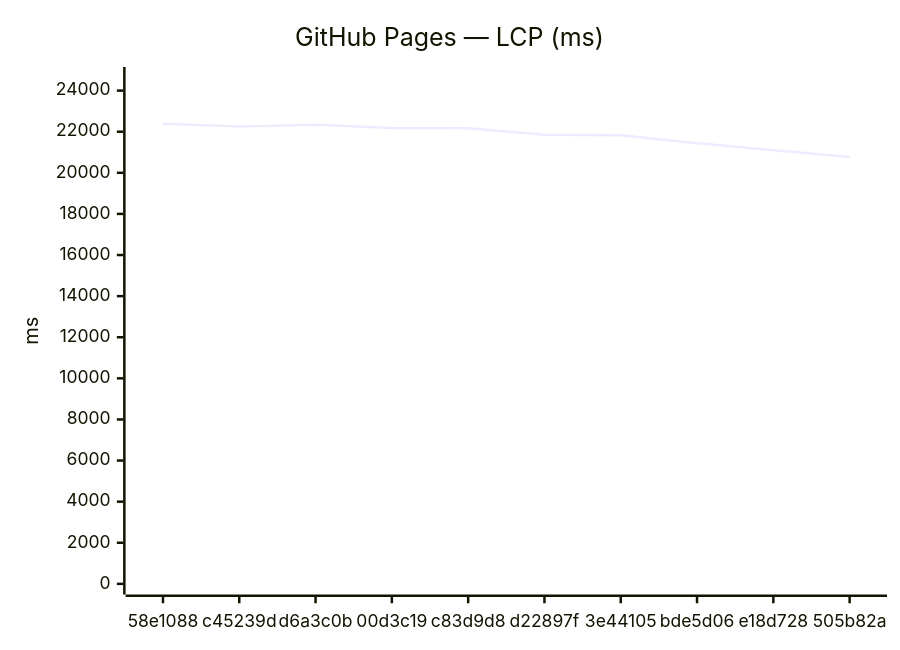
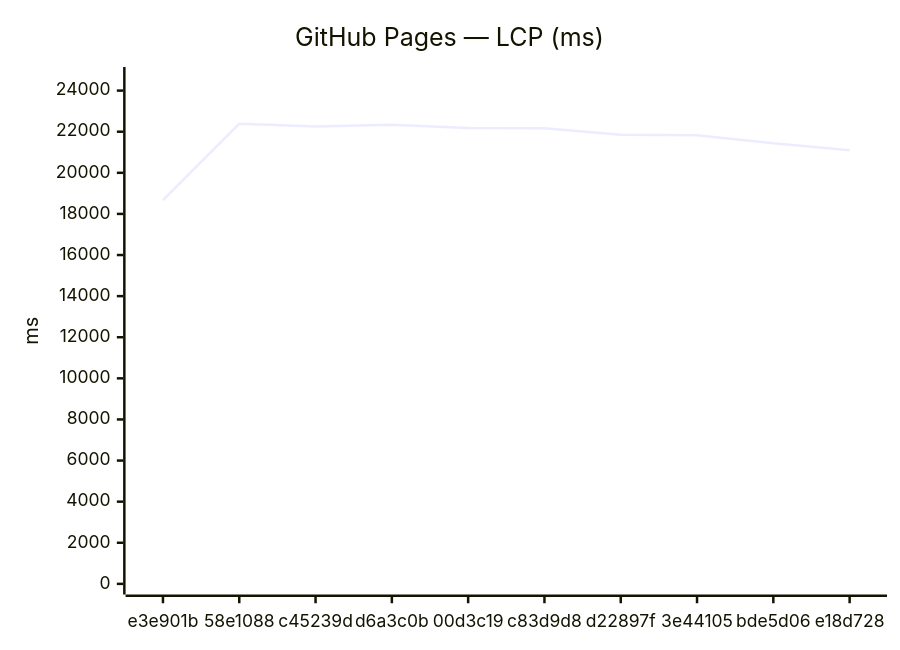
The third of 18 diagrams in benchmarks/compare.md (Metaheurist/Rianell), drawn with Mermaid before and after one commit. The commit also changed other lines of this file and 11 other files, not shown here.

````diff
--- a/benchmarks/compare.md
+++ b/benchmarks/compare.md
@@ -54,7 +54,7 @@
 ```mermaid
 xychart-beta
     title "GitHub Pages — LCP (ms)"
-    x-axis ["58e1088", "c45239d", "d6a3c0b", "00d3c19", "c83d9d8", "d22897f", "3e44105", "bde5d06", "e18d728", "505b82a"]
+    x-axis ["e3e901b", "58e1088", "c45239d", "d6a3c0b", "00d3c19", "c83d9d8", "d22897f", "3e44105", "bde5d06", "e18d728"]
     y-axis "ms" 0 --> 24631
-    line [22391, 22250, 22344, 22178, 22170, 21853, 21828, 21442, 21100, 20773]
+    line [18674, 22391, 22250, 22344, 22178, 22170, 21853, 21828, 21442, 21100]
 ```
````
